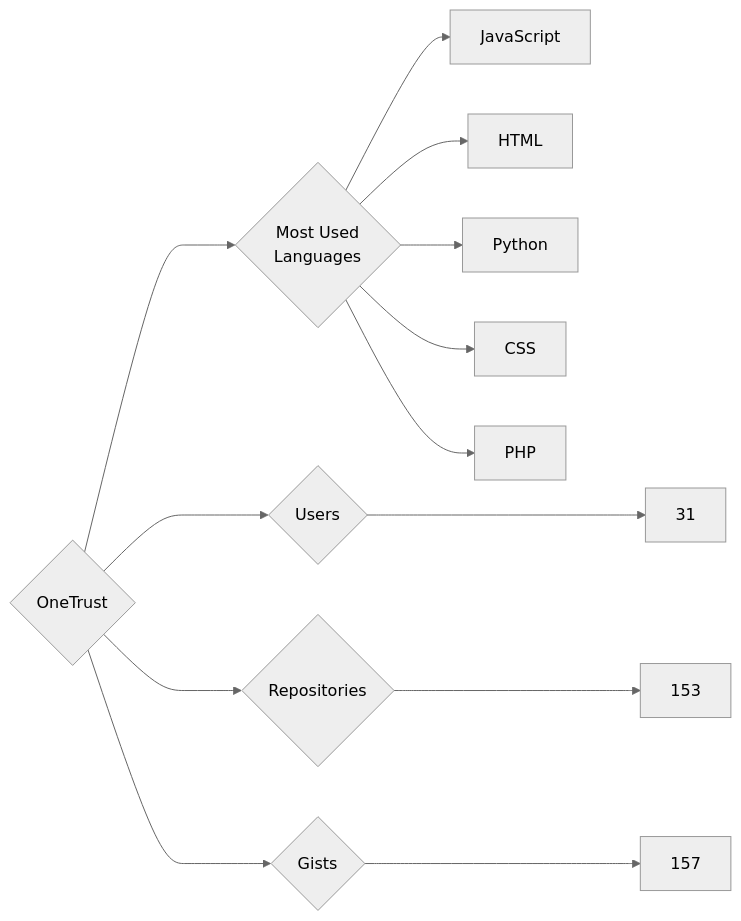
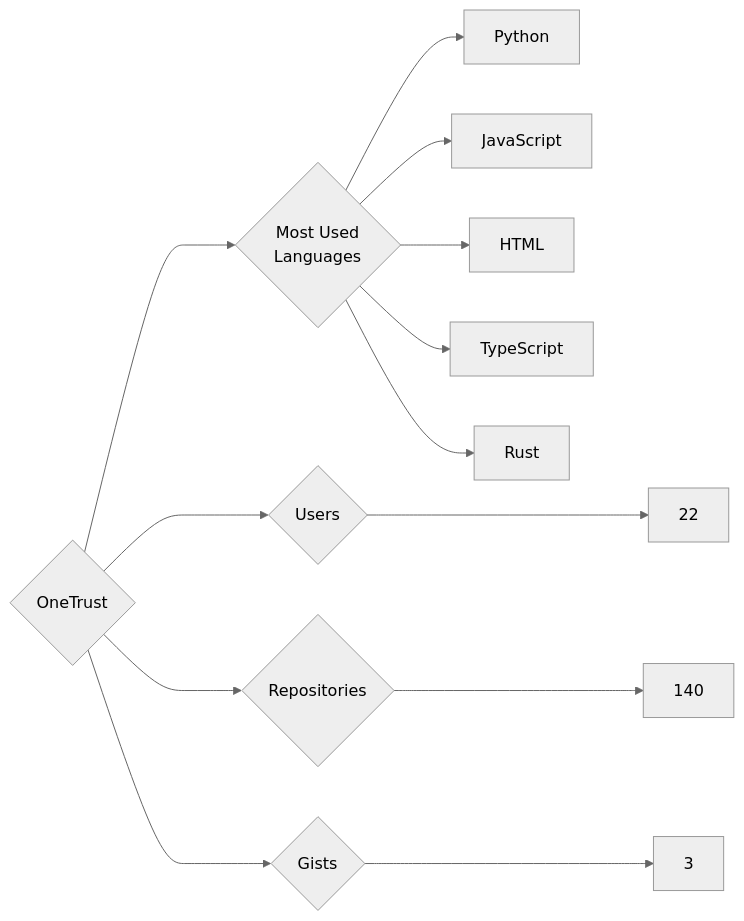
Before and after one commit to trickest/insiders: the diagram in targets/OneTrust/README.md, drawn with Mermaid (neutral theme). The commit also changed 1011 other files, not shown here.

````diff
--- a/targets/OneTrust/README.md
+++ b/targets/OneTrust/README.md
@@ -3,13 +3,13 @@
 ```mermaid
 graph LR
 COMPANY_NAME{OneTrust}
-COMPANY_NAME ---> U{Users} ---> UN[31]
-COMPANY_NAME ---> R{Repositories} ---> RN[153]
-COMPANY_NAME ---> G{Gists} ---> GN[157]
+COMPANY_NAME ---> U{Users} ---> UN[22]
+COMPANY_NAME ---> R{Repositories} ---> RN[140]
+COMPANY_NAME ---> G{Gists} ---> GN[3]
 COMPANY_NAME ---> ML{Most Used<br>Languages}
+ML --> Python[Python]
 ML --> JavaScript[JavaScript]
 ML --> HTML[HTML]
-ML --> Python[Python]
-ML --> CSS[CSS]
-ML --> PHP[PHP]
+ML --> TypeScript[TypeScript]
+ML --> Rust[Rust]
 ```
````
